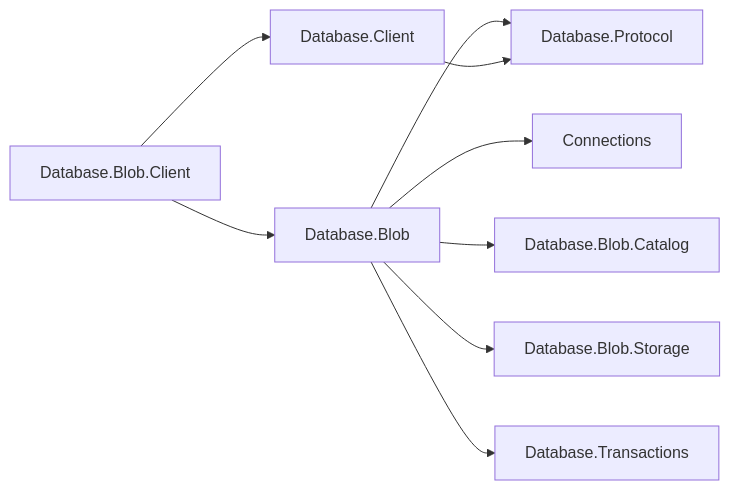
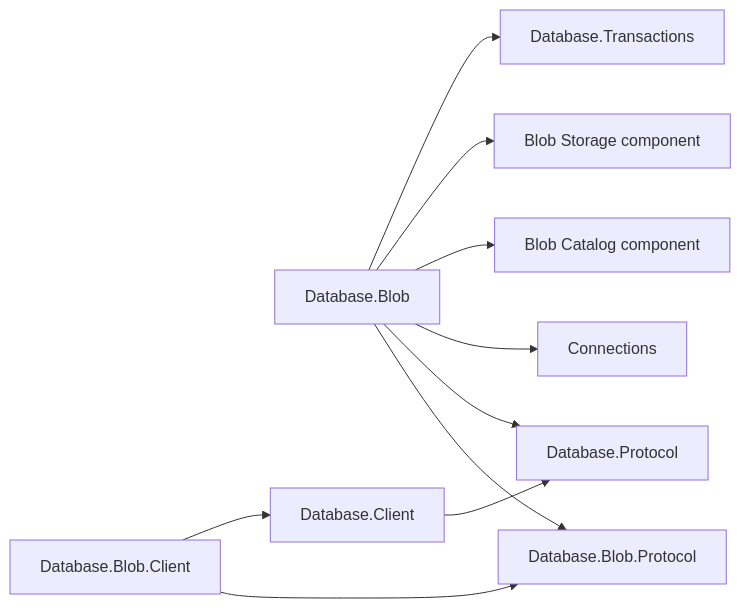
Before and after one commit to assimalign/cohesion-docs: the first of 4 diagrams in docs/dotnet-apis/resources/database/assimalign-cohesion-database-blob/design.md, drawn with Mermaid. The commit also changed other lines of this file and 43 other files, not shown here.

First line of the commit message:
docs(database): pre-T2 wave 3 — GQL anchors, LIKE budget, storage format 4 integrity (#10)

````diff
--- a/docs/dotnet-apis/resources/database/assimalign-cohesion-database-blob/design.md
+++ b/docs/dotnet-apis/resources/database/assimalign-cohesion-database-blob/design.md
@@ -48,11 +48,12 @@
 ```mermaid
 flowchart LR
-    Client["Database.Blob.Client"] --> Blob["Database.Blob"]
+    Client["Database.Blob.Client"] --> Wire["Database.Blob.Protocol"]
+    Blob["Database.Blob"] --> Wire
     Client --> SharedClient["Database.Client"]
     Blob --> Protocol["Database.Protocol"]
     SharedClient --> Protocol
     Blob --> Connections["Connections"]
-    Blob --> Catalog["Database.Blob.Catalog"]
-    Blob --> Storage["Database.Blob.Storage"]
+    Blob --> Catalog["Blob Catalog component"]
+    Blob --> Storage["Blob Storage component"]
     Blob --> Transactions["Database.Transactions"]
 ```
````
